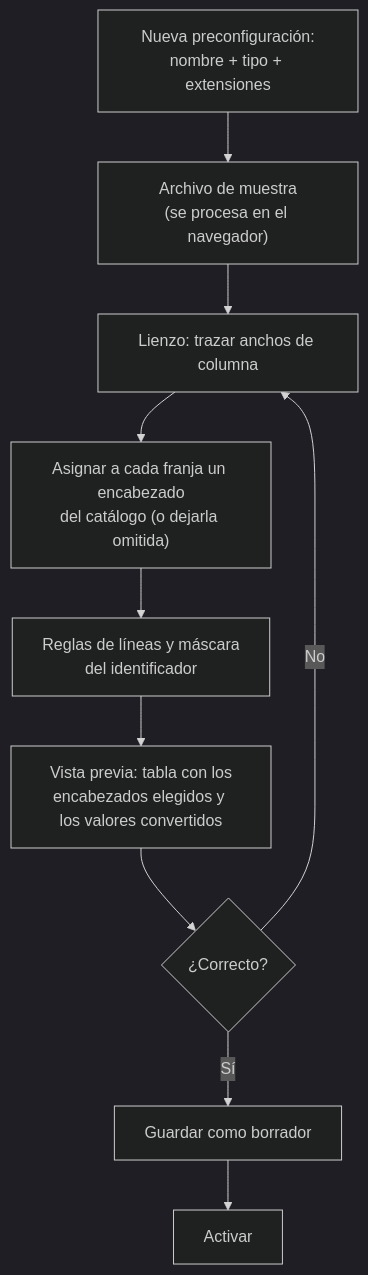
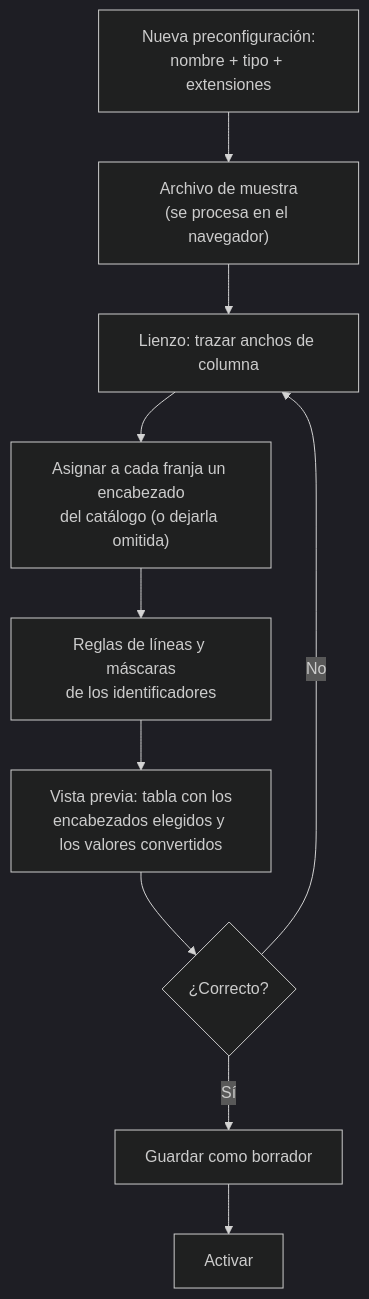
The fifth of 9 diagrams in docs/12-preconfiguraciones-y-carga-multiple.md (Axel-Esquivel/Asisteglt_v2), drawn with Mermaid (dark theme) before and after one commit. The commit also changed other lines of this file and 10 other files, not shown here.

````diff
--- a/docs/12-preconfiguraciones-y-carga-multiple.md
+++ b/docs/12-preconfiguraciones-y-carga-multiple.md
@@ -172,12 +478,12 @@
 ```mermaid
 flowchart TD
     a["Nueva preconfiguración:<br/>nombre + tipo + extensiones"] --> b["Archivo de muestra<br/>(se procesa en el navegador)"]
     b --> c["Lienzo: trazar anchos de columna"]
     c --> d["Asignar a cada franja un encabezado<br/>del catálogo (o dejarla omitida)"]
-    d --> e["Reglas de líneas y máscara<br/>del identificador"]
+    d --> e["Reglas de líneas y máscaras<br/>de los identificadores"]
     e --> f["Vista previa: tabla con los<br/>encabezados elegidos y los valores convertidos"]
     f --> g{"¿Correcto?"}
     g -->|No| c
     g -->|Sí| h["Guardar como borrador"]
     h --> i["Activar"]
 ```
````
